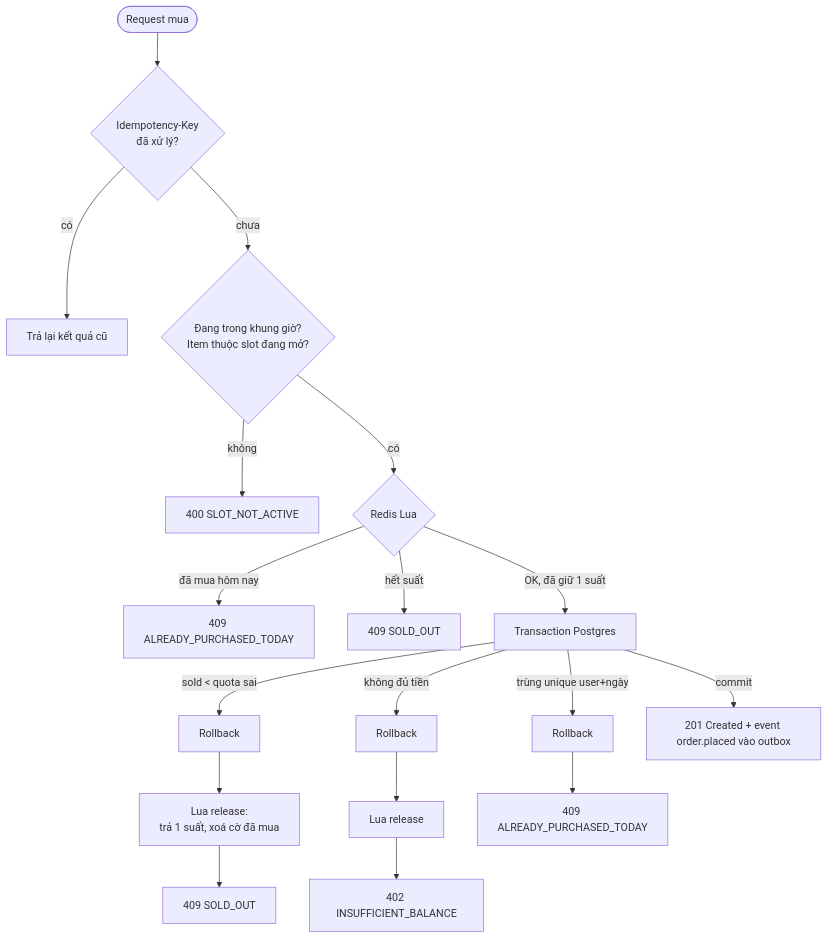
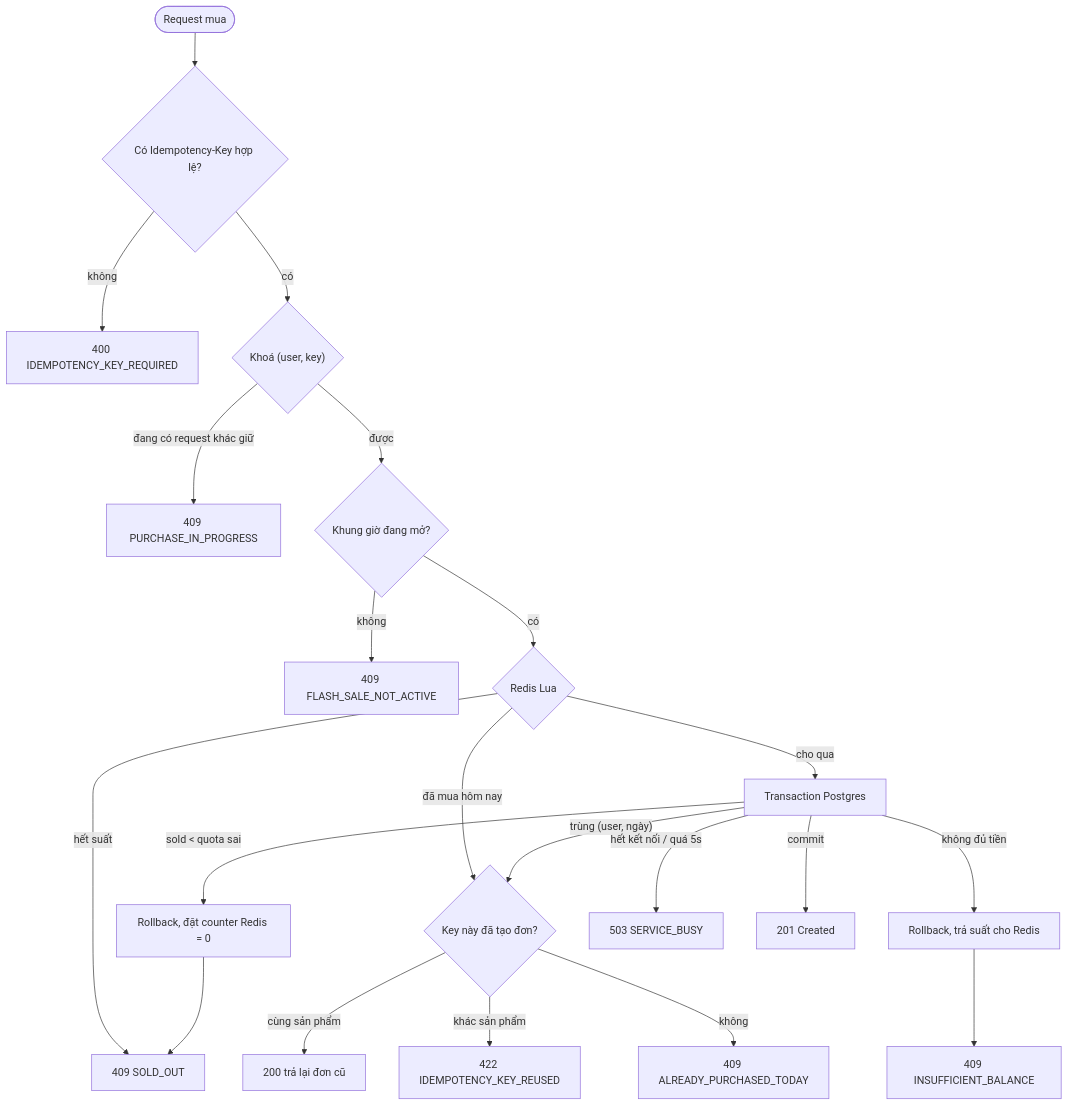
The eighth of 14 diagrams in docs/system-design.md (lebronjamesbe01-dev/flashsale-service), drawn with Mermaid before and after one commit. The commit also changed other lines of this file and 1 other file, not shown here.

````diff
--- a/docs/system-design.md
+++ b/docs/system-design.md
@@ -289,15 +293,21 @@
 ```mermaid
 flowchart TD
-    S([Request mua]) --> I{"Idempotency-Key<br/>đã xử lý?"}
-    I -- "có" --> IR["Trả lại kết quả cũ"]
-    I -- "chưa" --> RULE{"Đang trong khung giờ?<br/>Item thuộc slot đang mở?"}
-    RULE -- "không" --> E1["400 SLOT_NOT_ACTIVE"]
-    RULE -- "có" --> LUA{"Redis Lua"}
-    LUA -- "đã mua hôm nay" --> E2["409 ALREADY_PURCHASED_TODAY"]
+    S([Request mua]) --> K{"Có Idempotency-Key hợp lệ?"}
+    K -- "không" --> E0["400 IDEMPOTENCY_KEY_REQUIRED"]
+    K -- "có" --> L{"Khoá (user, key)"}
+    L -- "đang có request khác giữ" --> E1["409 PURCHASE_IN_PROGRESS"]
+    L -- "được" --> A{"Khung giờ đang mở?"}
+    A -- "không" --> E2["409 FLASH_SALE_NOT_ACTIVE"]
+    A -- "có" --> LUA{"Redis Lua"}
     LUA -- "hết suất" --> E3["409 SOLD_OUT"]
-    LUA -- "OK, đã giữ 1 suất" --> TX["Transaction Postgres"]
-    TX -- "sold < quota sai" --> RB1["Rollback"] --> COMP["Lua release:<br/>trả 1 suất, xoá cờ đã mua"] --> E3b["409 SOLD_OUT"]
-    TX -- "không đủ tiền" --> RB2["Rollback"] --> COMP2["Lua release"] --> E4["402 INSUFFICIENT_BALANCE"]
-    TX -- "trùng unique user+ngày" --> RB3["Rollback"] --> E2b["409 ALREADY_PURCHASED_TODAY"]
-    TX -- "commit" --> OK["201 Created + event order.placed vào outbox"]
+    LUA -- "đã mua hôm nay" --> RP{"Key này đã tạo đơn?"}
+    RP -- "cùng sản phẩm" --> OK2["200 trả lại đơn cũ"]
+    RP -- "khác sản phẩm" --> E5["422 IDEMPOTENCY_KEY_REUSED"]
+    RP -- "không" --> E4["409 ALREADY_PURCHASED_TODAY"]
+    LUA -- "cho qua" --> TX["Transaction Postgres"]
+    TX -- "trùng (user, ngày)" --> RP
+    TX -- "không đủ tiền" --> R1["Rollback, trả suất cho Redis"] --> E6["409 INSUFFICIENT_BALANCE"]
+    TX -- "sold < quota sai" --> R2["Rollback, đặt counter Redis = 0"] --> E3
+    TX -- "hết kết nối / quá 5s" --> E7["503 SERVICE_BUSY"]
+    TX -- "commit" --> OK["201 Created"]
 ```
````
